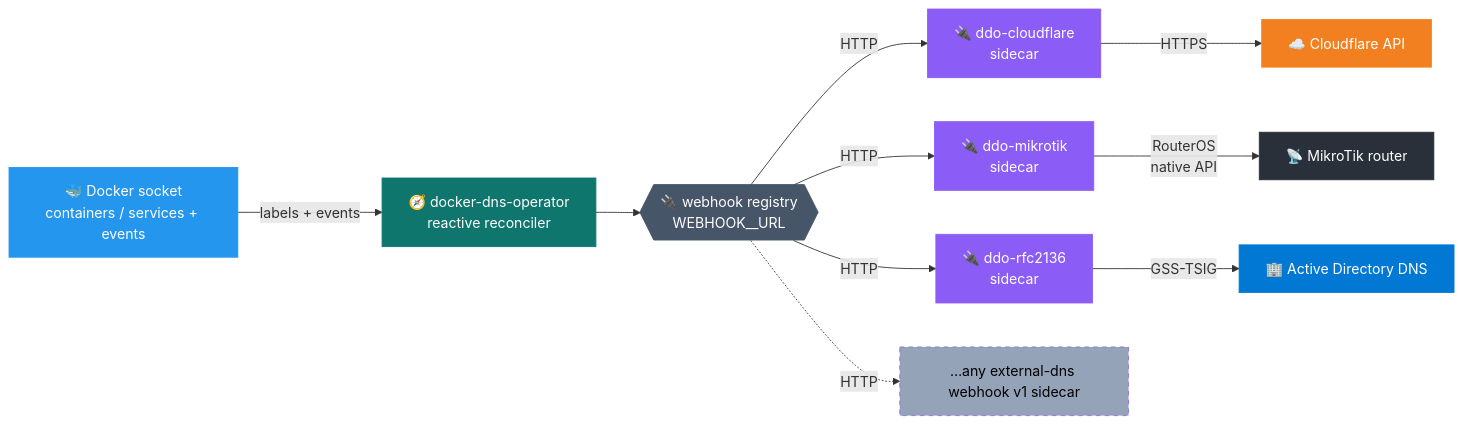
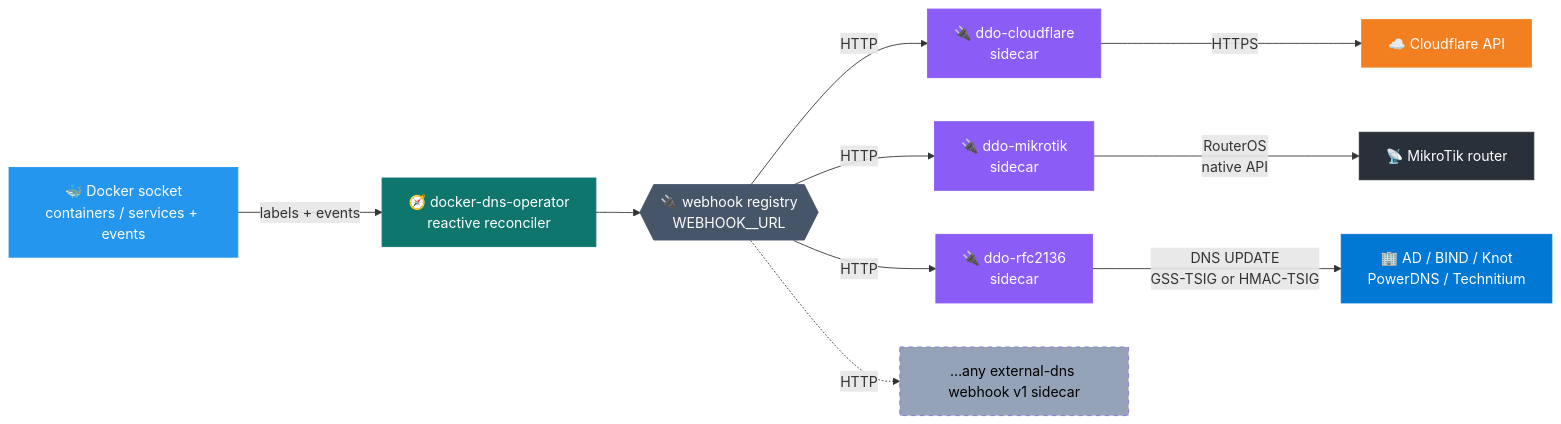
Before and after one commit to mrkhachaturov/docker-dns-operator: the first of 2 diagrams in README.md, drawn with Mermaid. The commit also changed other lines of this file and 1 other file, not shown here.

````diff
--- a/README.md
+++ b/README.md
@@ -40,25 +40,25 @@
 ```mermaid
 graph LR
     DK["🐳 Docker socket<br/>containers / services + events"] -->|labels + events| OP["🧭 docker-dns-operator<br/>reactive reconciler"]
     OP --> WHR{{"🔌 webhook registry<br/>WEBHOOK_<NAME>_URL"}}
 
     WHR -->|HTTP| CFW["🔌 ddo-cloudflare<br/>sidecar"]
     WHR -->|HTTP| MTW["🔌 ddo-mikrotik<br/>sidecar"]
     WHR -->|HTTP| RFW["🔌 ddo-rfc2136<br/>sidecar"]
     WHR -.->|HTTP| WHN["…any external-dns webhook v1 sidecar"]
 
     CFW -->|HTTPS| CF["☁️ Cloudflare API"]
     MTW -->|RouterOS<br/>native API| MT["📡 MikroTik router"]
-    RFW -->|GSS-TSIG| AD["🏢 Active Directory DNS"]
+    RFW -->|"DNS UPDATE<br/>GSS-TSIG or HMAC-TSIG"| AD["🏢 AD / BIND / Knot<br/>PowerDNS / Technitium"]
 
     style DK fill:#2496ed,color:#fff,stroke:#2496ed
     style OP fill:#0f766e,color:#fff,stroke:#0f766e
     style WHR fill:#475569,color:#fff,stroke:#475569
     style CF fill:#f38020,color:#fff,stroke:#f38020
     style CFW fill:#8b5cf6,color:#fff,stroke:#8b5cf6
     style MTW fill:#8b5cf6,color:#fff,stroke:#8b5cf6
     style MT fill:#293039,color:#fff,stroke:#293039
     style RFW fill:#8b5cf6,color:#fff,stroke:#8b5cf6
     style AD fill:#0078d4,color:#fff,stroke:#0078d4
     style WHN fill:#94a3b8,color:#000,stroke-dasharray: 5 5
 ```
````
